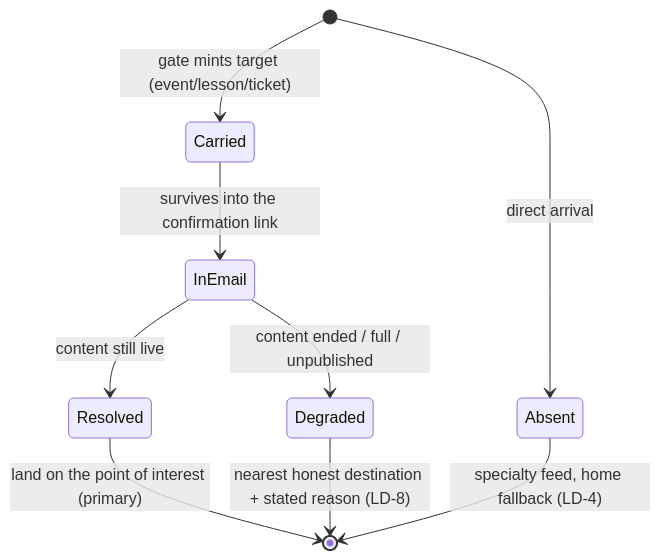
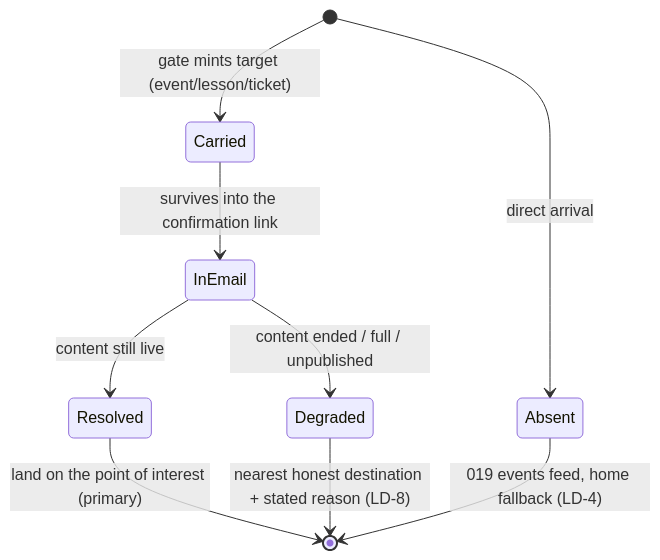
Before and after one commit to doctor-school/ds-platform: the second of 3 diagrams in apps/docs/content/specs/features/021-doctor-registration/021-design.md, drawn with Mermaid. The commit also changed other lines of this file and 10 other files, not shown here.

````diff
--- a/apps/docs/content/specs/features/021-doctor-registration/021-design.md
+++ b/apps/docs/content/specs/features/021-doctor-registration/021-design.md
@@ -62,11 +62,11 @@
 ```mermaid
 stateDiagram-v2
   [*] --> Carried: gate mints target (event/lesson/ticket)
   [*] --> Absent: direct arrival
   Carried --> InEmail: survives into the confirmation link
   InEmail --> Resolved: content still live
   InEmail --> Degraded: content ended / full / unpublished
   Resolved --> [*]: land on the point of interest (primary)
   Degraded --> [*]: nearest honest destination + stated reason (LD-8)
-  Absent --> [*]: specialty feed, home fallback (LD-4)
+  Absent --> [*]: 019 events feed, home fallback (LD-4)
 ```
````
